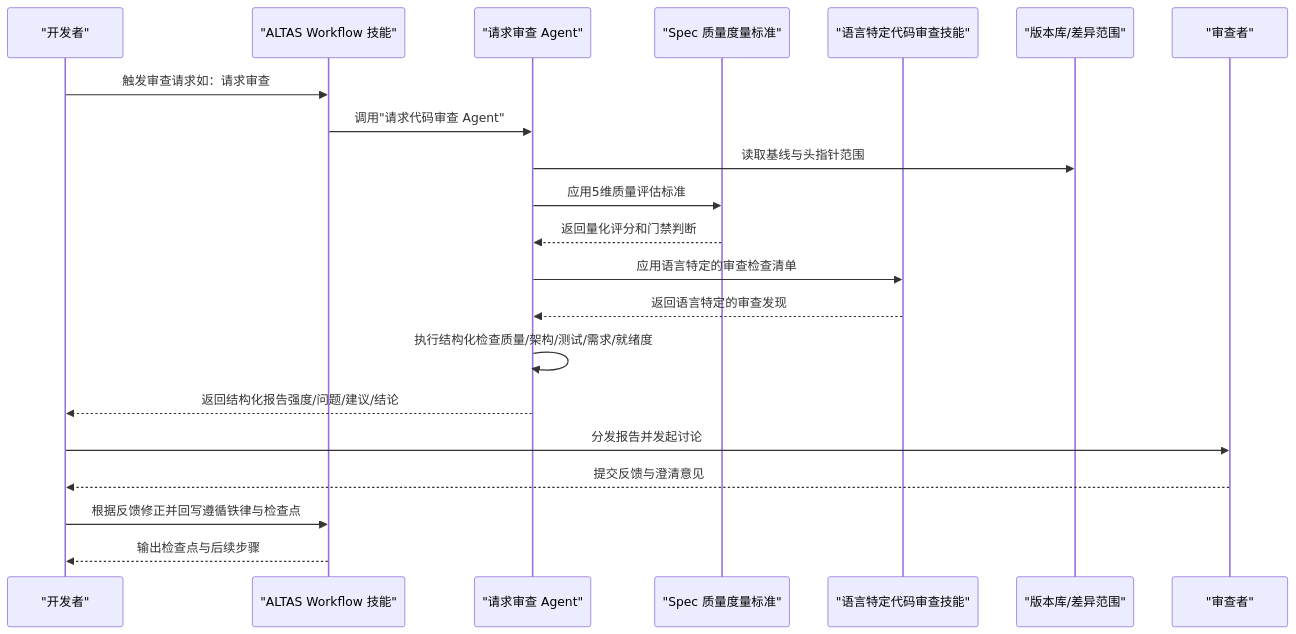
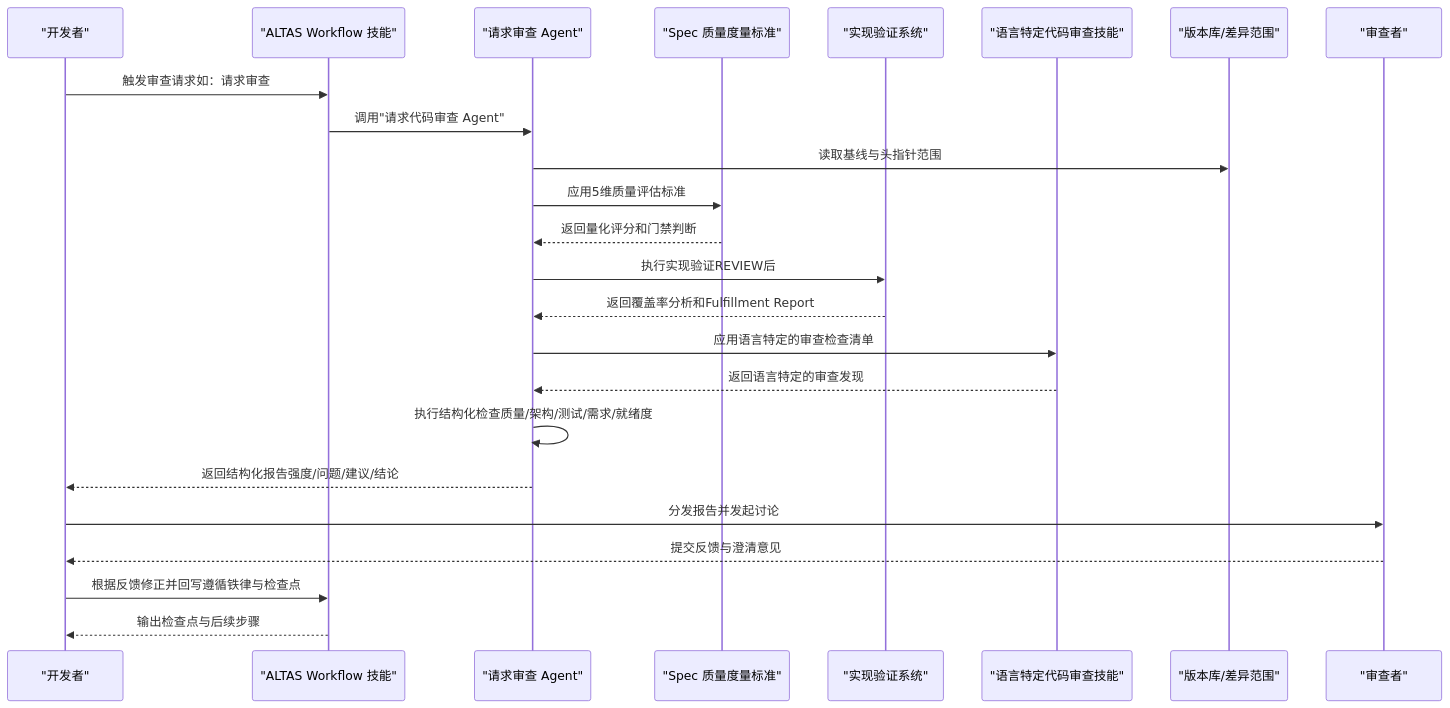
Before and after one commit to AngelWings1997/altas: the second of 12 diagrams in .qoder/repowiki/zh/content/超级能力模块/代码审查流程/代码审查流程.md, drawn with Mermaid. The commit also changed other lines of this file and 14 other files, not shown here.

````diff
--- a/.qoder/repowiki/zh/content/超级能力模块/代码审查流程/代码审查流程.md
+++ b/.qoder/repowiki/zh/content/超级能力模块/代码审查流程/代码审查流程.md
@@ -153,23 +177,26 @@
 ```mermaid
 sequenceDiagram
 participant Dev as "开发者"
 participant WF as "ALTAS Workflow 技能"
 participant Rev as "请求审查 Agent"
 participant SpecMetrics as "Spec 质量度量标准"
+participant ImplVerify as "实现验证系统"
 participant LangSkills as "语言特定代码审查技能"
 participant Repo as "版本库/差异范围"
 participant Reviewer as "审查者"
 Dev->>WF : 触发审查请求如：请求审查
 WF->>Rev : 调用"请求代码审查 Agent"
 Rev->>Repo : 读取基线与头指针范围
 Rev->>SpecMetrics : 应用5维质量评估标准
 SpecMetrics-->>Rev : 返回量化评分和门禁判断
+Rev->>ImplVerify : 执行实现验证REVIEW后
+ImplVerify-->>Rev : 返回覆盖率分析和Fulfillment Report
 Rev->>LangSkills : 应用语言特定的审查检查清单
 LangSkills-->>Rev : 返回语言特定的审查发现
 Rev->>Rev : 执行结构化检查质量/架构/测试/需求/就绪度
 Rev-->>Dev : 返回结构化报告强度/问题/建议/结论
 Dev->>Reviewer : 分发报告并发起讨论
 Reviewer-->>Dev : 提交反馈与澄清意见
 Dev->>WF : 根据反馈修正并回写遵循铁律与检查点
 WF-->>Dev : 输出检查点与后续步骤
 ```
````
